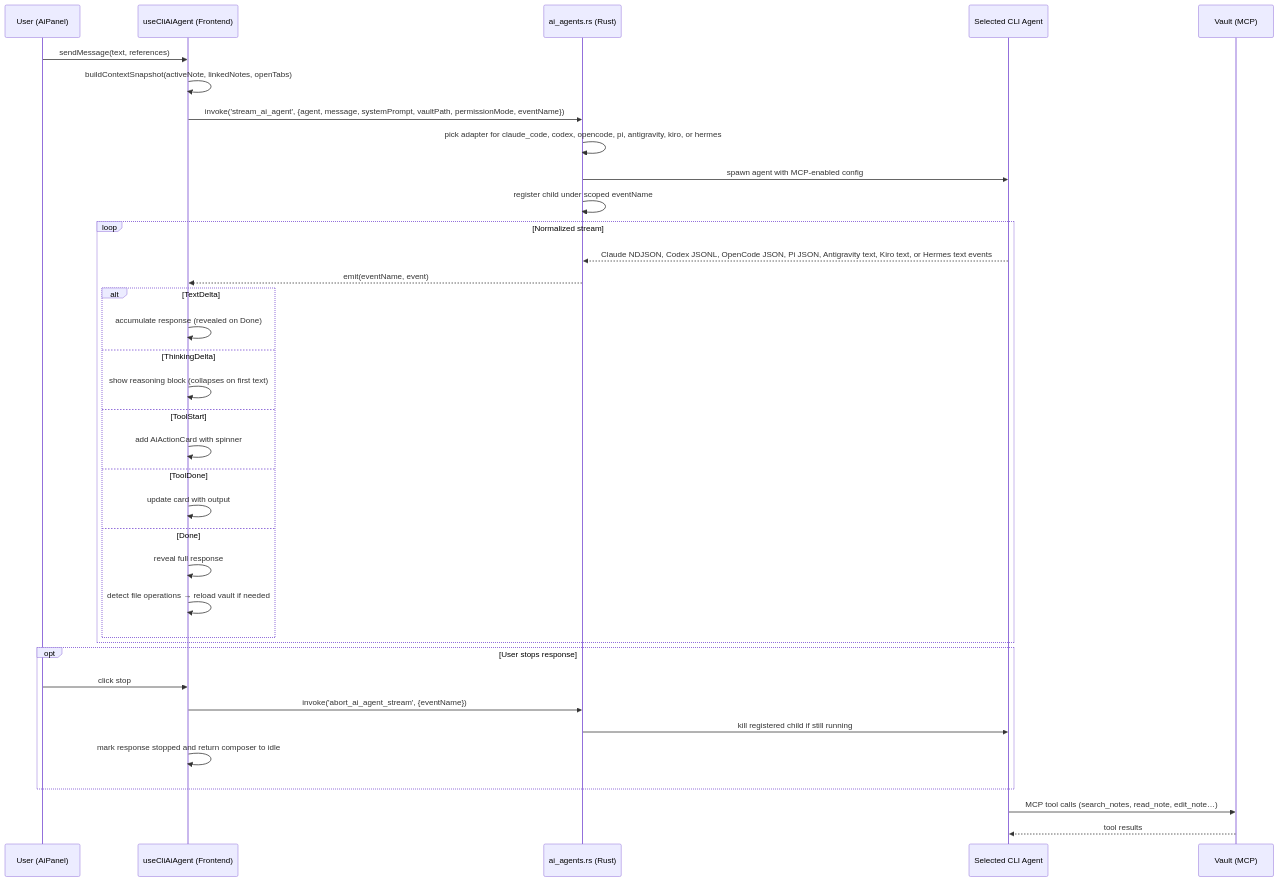
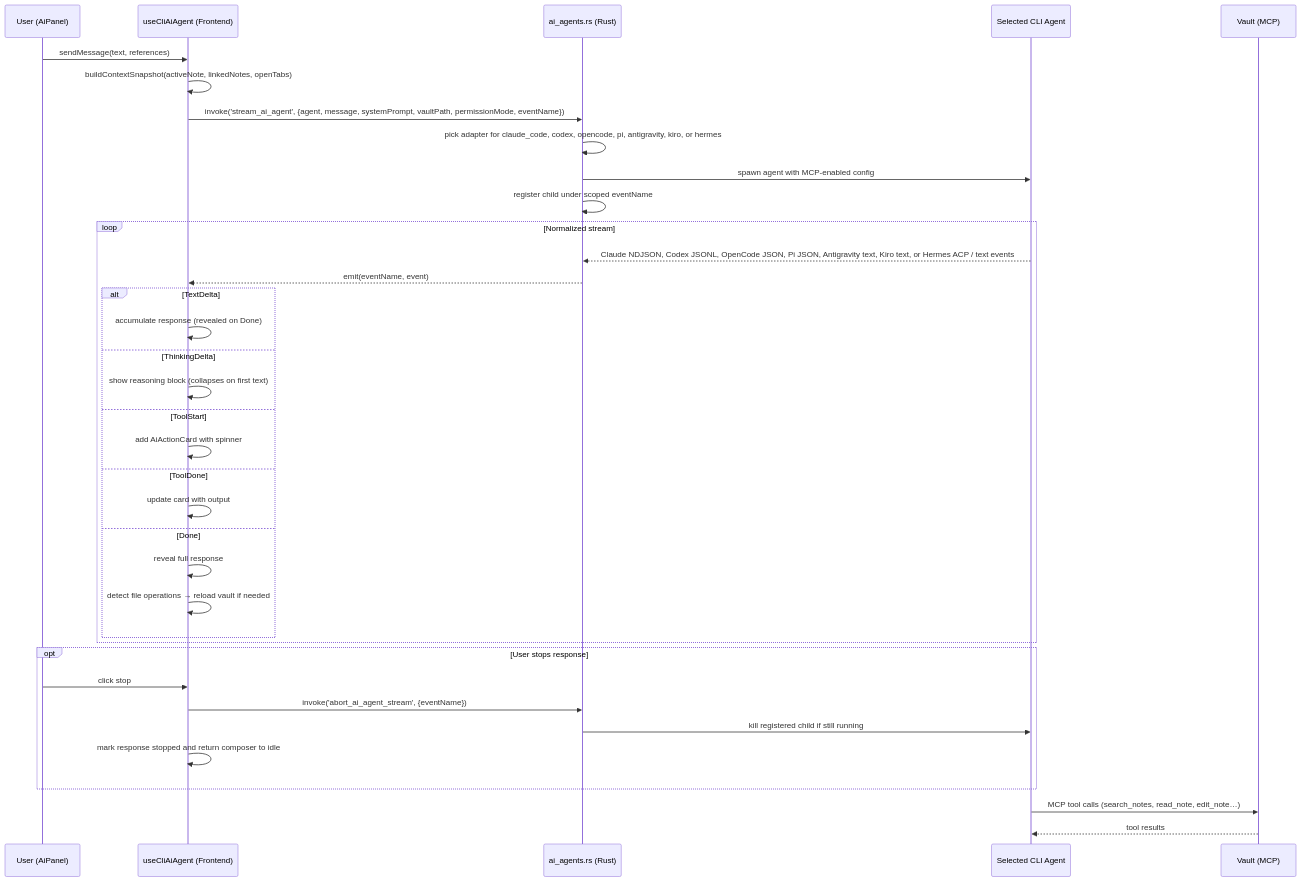
One commit to tuckcode/rhizome-agent changed the third of 10 diagrams in docs/ARCHITECTURE.md. Above: the diagram before and after it, drawn with Mermaid. The commit also changed other lines of this file and 16 other files, not shown here.

First line of the commit message:
feat: talk to Hermes over ACP, keep chat as fallback

````diff
--- a/docs/ARCHITECTURE.md
+++ b/docs/ARCHITECTURE.md
@@ -399,42 +399,42 @@
 ```mermaid
 sequenceDiagram
     participant U as User (AiPanel)
     participant FE as useCliAiAgent (Frontend)
     participant R as ai_agents.rs (Rust)
     participant C as Selected CLI Agent
     participant V as Vault (MCP)
 
     U->>FE: sendMessage(text, references)
     FE->>FE: buildContextSnapshot(activeNote, linkedNotes, openTabs)
     FE->>R: invoke('stream_ai_agent', {agent, message, systemPrompt, vaultPath, permissionMode, eventName})
     R->>R: pick adapter for claude_code, codex, opencode, pi, antigravity, kiro, or hermes
     R->>C: spawn agent with MCP-enabled config
     R->>R: register child under scoped eventName
 
     loop Normalized stream
-        C-->>R: Claude NDJSON, Codex JSONL, OpenCode JSON, Pi JSON, Antigravity text, Kiro text, or Hermes text events
+        C-->>R: Claude NDJSON, Codex JSONL, OpenCode JSON, Pi JSON, Antigravity text, Kiro text, or Hermes ACP / text events
         R-->>FE: emit(eventName, event)
         alt TextDelta
             FE->>FE: accumulate response (revealed on Done)
         else ThinkingDelta
             FE->>FE: show reasoning block (collapses on first text)
         else ToolStart
             FE->>FE: add AiActionCard with spinner
         else ToolDone
             FE->>FE: update card with output
         else Done
             FE->>FE: reveal full response
             FE->>FE: detect file operations → reload vault if needed
         end
     end
 
     opt User stops response
         U->>FE: click stop
         FE->>R: invoke('abort_ai_agent_stream', {eventName})
         R->>C: kill registered child if still running
         FE->>FE: mark response stopped and return composer to idle
     end
 
     C->>V: MCP tool calls (search_notes, read_note, edit_note…)
     V-->>C: tool results
 ```
````
